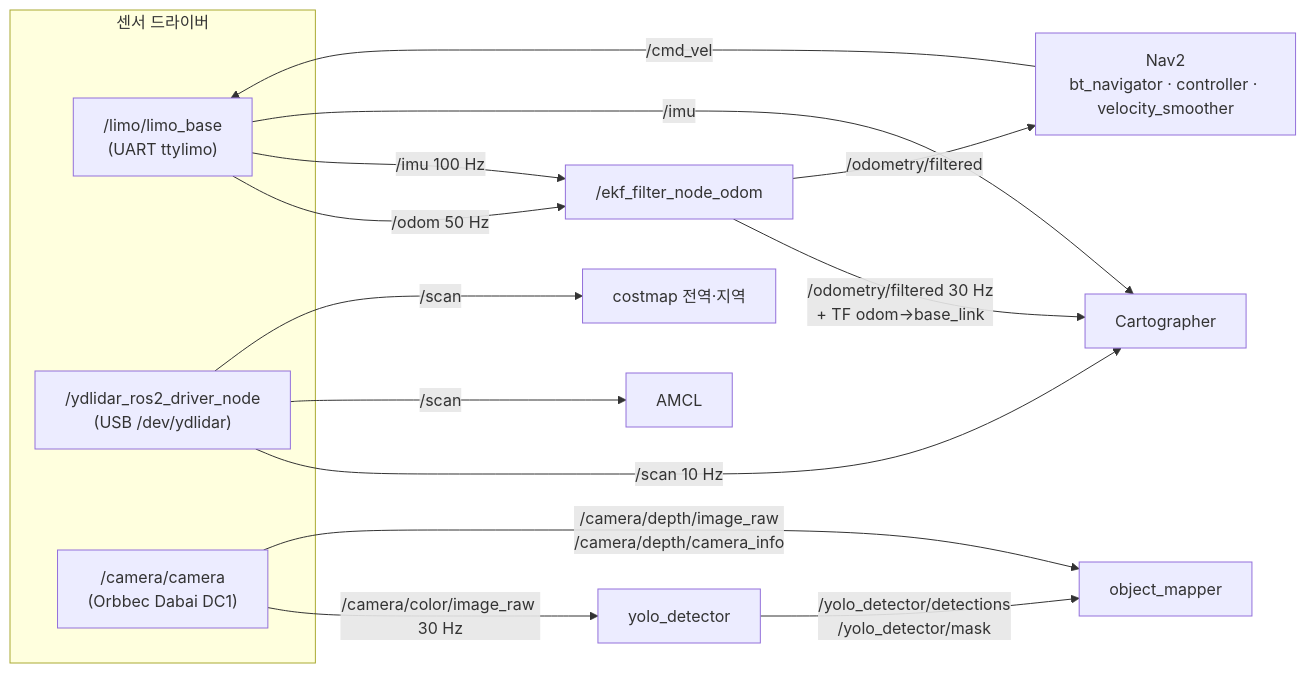
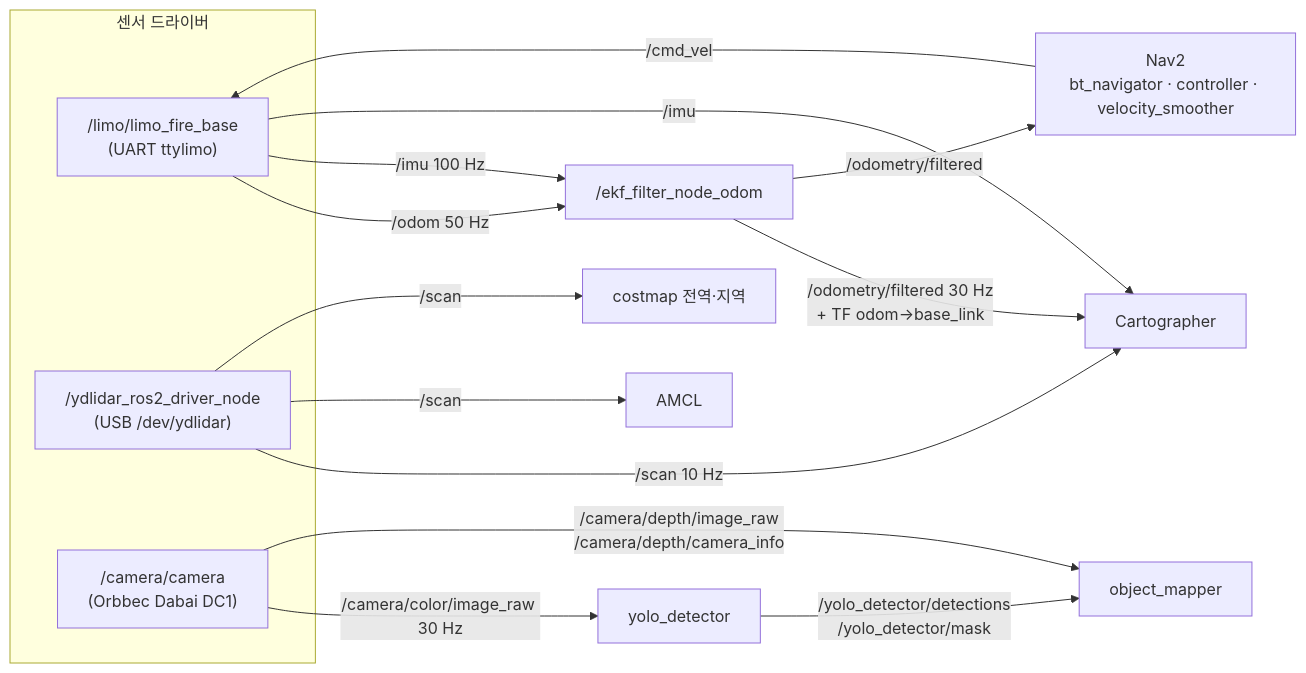
The diagram in docs/sensor_topics.md (juyoung020/limo_fire_ws), drawn with Mermaid before and after one commit. The commit also changed other lines of this file and 34 other files, not shown here.

Commit message:
바닥판 드라이버 limo_fire_base: WeGo limo_base 를 그대로 가져와(원본은 archive/limo_base) 받고 버리던 리모컨 상태·모터 상태·바퀴 거리를 토픽으로 내고, robot.launch.xml 이 쓰며 base:=false 로 센서만 켬

````diff
--- a/docs/sensor_topics.md
+++ b/docs/sensor_topics.md
@@ -30,20 +33,20 @@
 ```mermaid
 flowchart LR
   subgraph drivers["센서 드라이버"]
-    LB["/limo/limo_base<br>(UART ttylimo)"]
+    LB["/limo/limo_fire_base<br>(UART ttylimo)"]
     YD["/ydlidar_ros2_driver_node<br>(USB /dev/ydlidar)"]
     OB["/camera/camera<br>(Orbbec Dabai DC1)"]
   end
   LB -- "/odom 50 Hz" --> EKF["/ekf_filter_node_odom"]
   LB -- "/imu 100 Hz" --> EKF
   LB -- "/imu" --> CG["Cartographer"]
   EKF -- "/odometry/filtered 30 Hz<br>+ TF odom→base_link" --> CG
   EKF -- "/odometry/filtered" --> NAV["Nav2<br>bt_navigator · controller · velocity_smoother"]
   YD -- "/scan 10 Hz" --> CG
   YD -- "/scan" --> AMCL["AMCL"]
   YD -- "/scan" --> CM["costmap 전역·지역"]
   OB -- "/camera/color/image_raw 30 Hz" --> YOLO["yolo_detector"]
   OB -- "/camera/depth/image_raw<br>/camera/depth/camera_info" --> OM["object_mapper"]
   YOLO -- "/yolo_detector/detections<br>/yolo_detector/mask" --> OM
   NAV -- "/cmd_vel" --> LB
 ```
````
